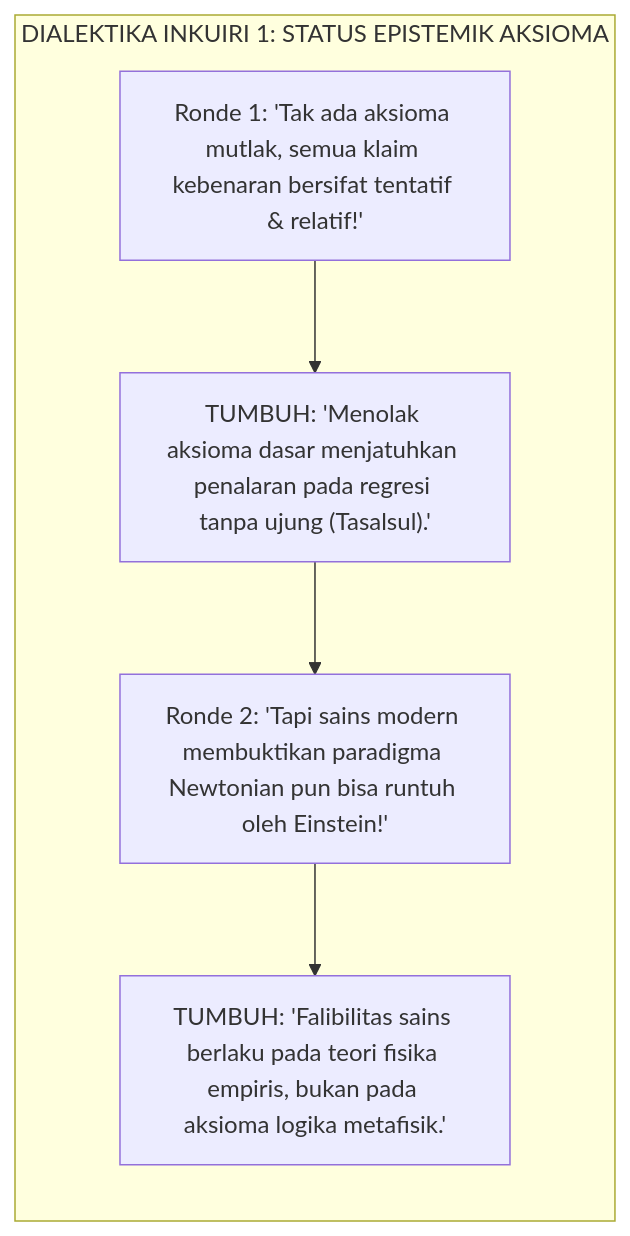
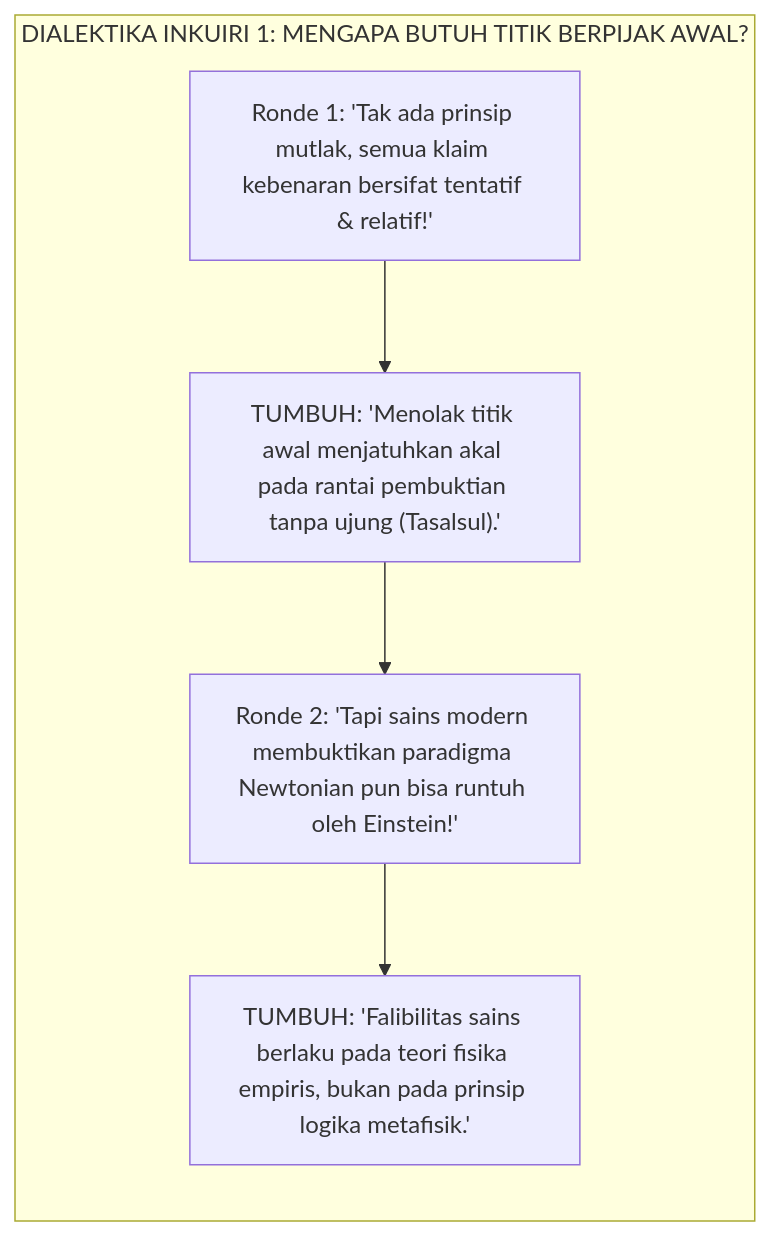
Before and after one commit to wandiapriliyandi/tumbuh: the second of 5 diagrams in 01 Philosophy/01 Worldview/P1-01-01-02-Kajian-Dialektika-Inkuiri-dan-Tanya-Jawab-Aksioma-Realitas.md, drawn with Mermaid. The commit also changed other lines of this file and 1 other file, not shown here.

````diff
--- a/01 Philosophy/01 Worldview/P1-01-01-02-Kajian-Dialektika-Inkuiri-dan-Tanya-Jawab-Aksioma-Realitas.md
+++ b/01 Philosophy/01 Worldview/P1-01-01-02-Kajian-Dialektika-Inkuiri-dan-Tanya-Jawab-Aksioma-Realitas.md
@@ -63,8 +68,8 @@
 ```mermaid
 graph LR
-    subgraph Inkuiri1Clash["DIALEKTIKA INKUIRI 1: STATUS EPISTEMIK AKSIOMA"]
-        A["Ronde 1: 'Tak ada aksioma mutlak, semua klaim kebenaran bersifat tentatif & relatif!'"] --> B["TUMBUH: 'Menolak aksioma dasar menjatuhkan penalaran pada regresi tanpa ujung (Tasalsul).'"]
+    subgraph Inkuiri1Clash["DIALEKTIKA INKUIRI 1: MENGAPA BUTUH TITIK BERPIJAK AWAL?"]
+        A["Ronde 1: 'Tak ada prinsip mutlak, semua klaim kebenaran bersifat tentatif & relatif!'"] --> B["TUMBUH: 'Menolak titik awal menjatuhkan akal pada rantai pembuktian tanpa ujung (Tasalsul).'"]
         B --> C["Ronde 2: 'Tapi sains modern membuktikan paradigma Newtonian pun bisa runtuh oleh Einstein!'"]
-        C --> D["TUMBUH: 'Falibilitas sains berlaku pada teori fisika empiris, bukan pada aksioma logika metafisik.'"]
+        C --> D["TUMBUH: 'Falibilitas sains berlaku pada teori fisika empiris, bukan pada prinsip logika metafisik.'"]
     end
 ```
````
